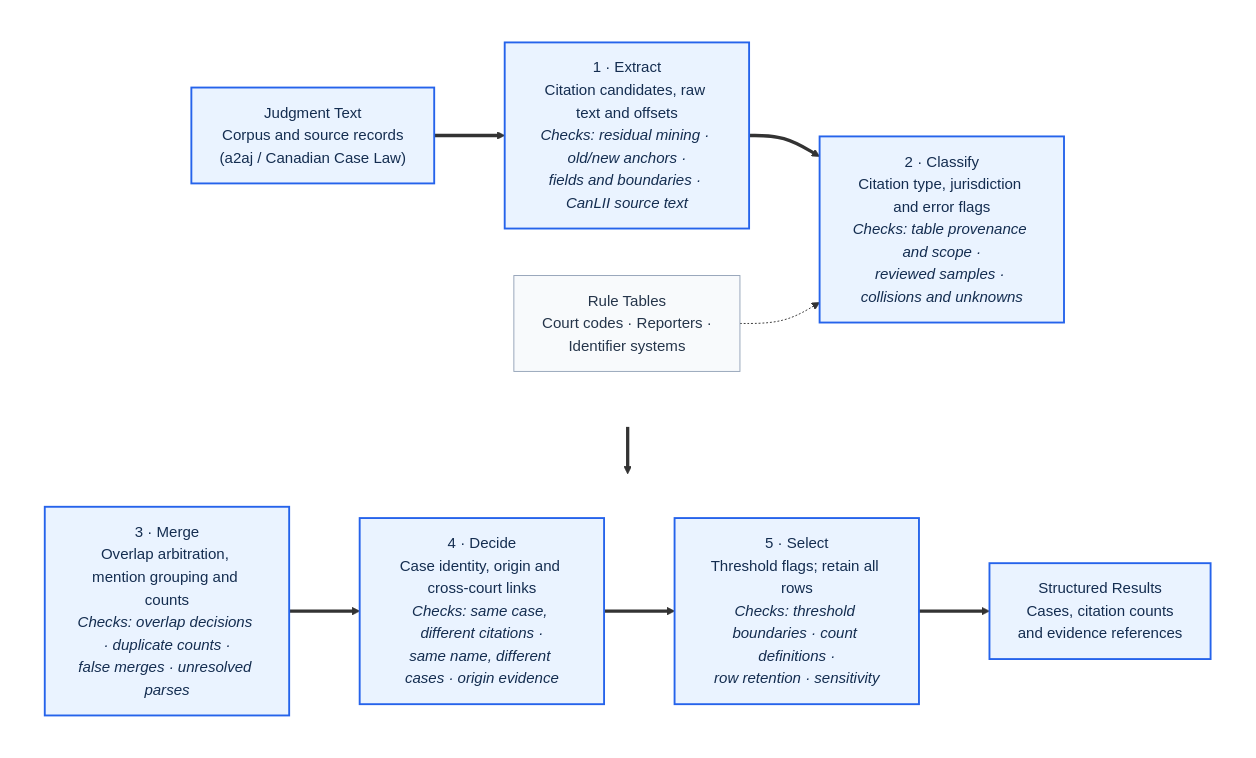
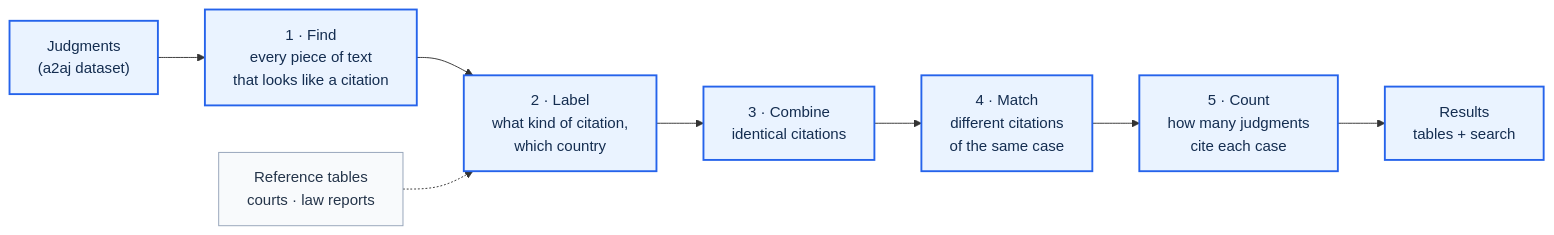
One commit to yubow47-bot/case-citation-pipeline changed the first of 2 diagrams in README.md. Above: the diagram before and after it, drawn with Mermaid. The commit also changed other lines of this file, not shown here.

````diff
--- a/README.md
+++ b/README.md
@@ -62,30 +67,19 @@
 ```mermaid
-flowchart TB
-    subgraph ROW1[" "]
-        direction LR
-        J["Judgment Text<br/>Corpus and source records<br/>(a2aj / Canadian Case Law)"]
-        E["1 · Extract<br/>Citation candidates, raw text and offsets<br/><i>Checks: residual mining · old/new anchors ·<br/>fields and boundaries · CanLII source text</i>"]
-        C["2 · Classify<br/>Citation type, jurisdiction and error flags<br/><i>Checks: table provenance and scope ·<br/>reviewed samples · collisions and unknowns</i>"]
-        T["Rule Tables<br/>Court codes · Reporters ·<br/>Identifier systems"]
-        J ==> E ==> C
-        T -.-> C
-    end
+flowchart LR
+    J["Judgments<br/>(a2aj dataset)"]
+    E["1 · Find<br/>every piece of text<br/>that looks like a citation"]
+    C["2 · Label<br/>what kind of citation,<br/>which country"]
+    M["3 · Combine<br/>identical citations"]
+    D["4 · Match<br/>different citations<br/>of the same case"]
+    S["5 · Count<br/>how many judgments<br/>cite each case"]
+    O["Results<br/>tables + search"]
+    T["Reference tables<br/>courts · law reports"]
 
-    subgraph ROW2[" "]
-        direction LR
-        M["3 · Merge<br/>Overlap arbitration, mention grouping and counts<br/><i>Checks: overlap decisions · duplicate counts ·<br/>false merges · unresolved parses</i>"]
-        D["4 · Decide<br/>Case identity, origin and cross-court links<br/><i>Checks: same case, different citations ·<br/>same name, different cases · origin evidence</i>"]
-        S["5 · Select<br/>Threshold flags; retain all rows<br/><i>Checks: threshold boundaries · count definitions ·<br/>row retention · sensitivity</i>"]
-        O["Structured Results<br/>Cases, citation counts<br/>and evidence references"]
-        M ==> D ==> S ==> O
-    end
-
-    ROW1 ==> ROW2
+    J --> E --> C --> M --> D --> S --> O
+    T -.-> C
 
     classDef main fill:#eaf3ff,stroke:#2563eb,stroke-width:2px,color:#142d50;
     classDef support fill:#f8fafc,stroke:#94a3b8,color:#25354a;
     class J,E,C,M,D,S,O main;
     class T support;
-    style ROW1 fill:none,stroke:none
-    style ROW2 fill:none,stroke:none
 ```
````
